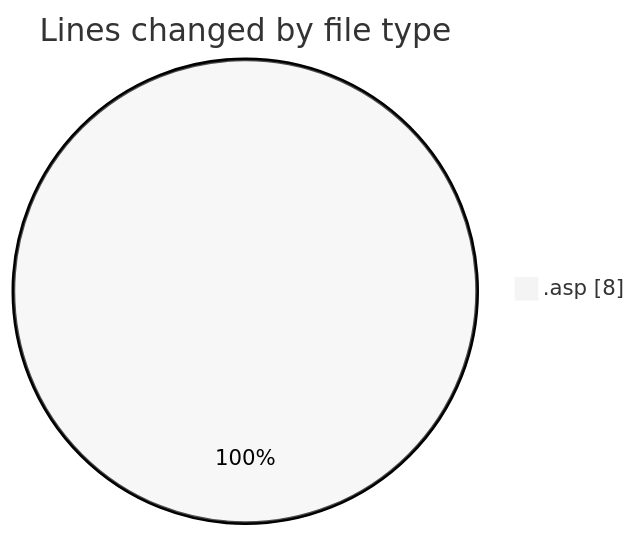
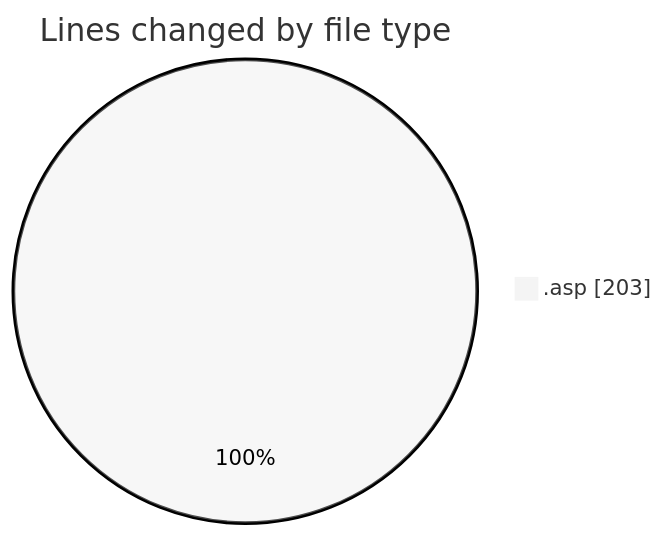
The first of 2 diagrams in 2025-10-28/usr_aleoudev_fr__workspace_/README.md (julien-gomy/code-tracking), drawn with Mermaid (neutral theme) before and after one commit. The commit also changed other lines of this file and 1 other file, not shown here.

````diff
--- a/2025-10-28/usr_aleoudev_fr__workspace_/README.md
+++ b/2025-10-28/usr_aleoudev_fr__workspace_/README.md
@@ -20,5 +21,5 @@
 ```mermaid
 pie showData
 title Lines changed by file type
-".asp" : 8
+".asp" : 203
 ```
````
